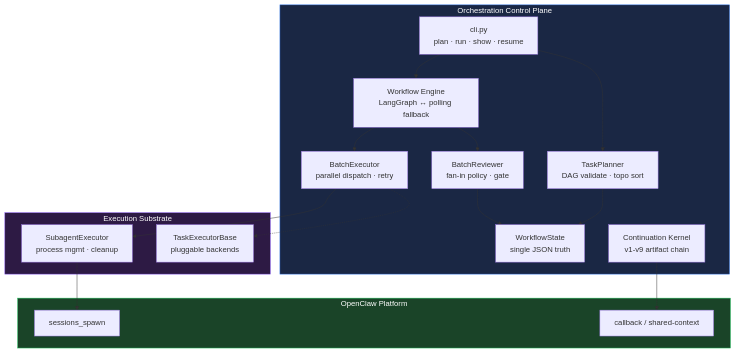
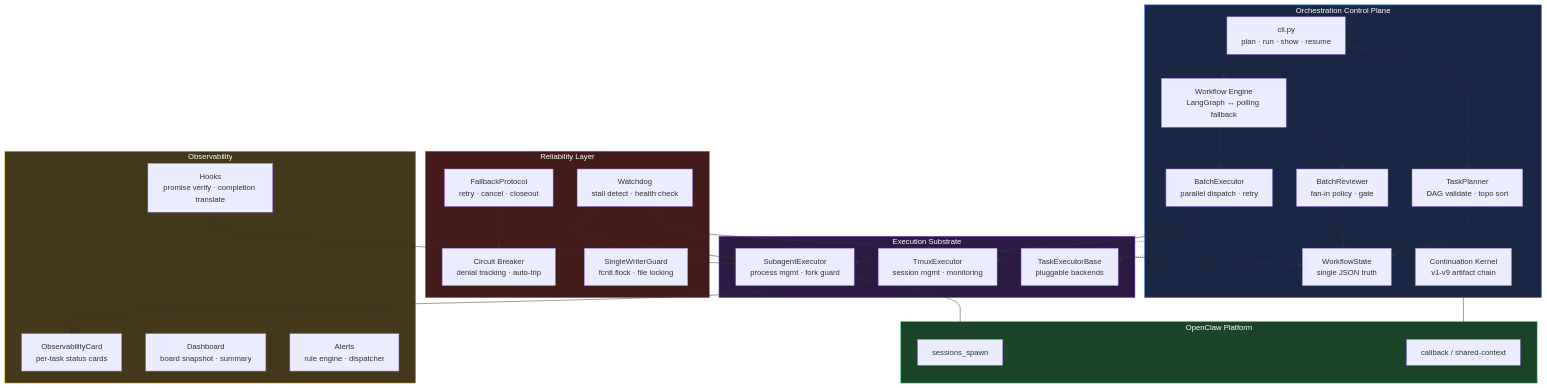
One commit to lanyasheng/openclaw-company-orchestration-proposal changed the first of 2 diagrams in README.md. Above: the diagram before and after it, drawn with Mermaid. The commit also changed other lines of this file and 4 other files, not shown here.

````diff
--- a/README.md
+++ b/README.md
@@ -54,33 +57,56 @@
 ```mermaid
 graph TD
   subgraph Control["Orchestration Control Plane"]
     CLI["cli.py<br/>plan · run · show · resume"]
     TP["TaskPlanner<br/>DAG validate · topo sort"]
     WG["Workflow Engine<br/>LangGraph ↔ polling fallback"]
     BE["BatchExecutor<br/>parallel dispatch · retry"]
     BR["BatchReviewer<br/>fan-in policy · gate"]
     WS["WorkflowState<br/>single JSON truth"]
     CK["Continuation Kernel<br/>v1-v9 artifact chain"]
   end
 
+  subgraph Reliability["Reliability Layer"]
+    WD["Watchdog<br/>stall detect · health check"]
+    CB_BREAK["Circuit Breaker<br/>denial tracking · auto-trip"]
+    SWG["SingleWriterGuard<br/>fcntl.flock · file locking"]
+    FP["FallbackProtocol<br/>retry · cancel · closeout"]
+  end
+
   subgraph Exec["Execution Substrate"]
-    SE["SubagentExecutor<br/>process mgmt · cleanup"]
+    SE["SubagentExecutor<br/>process mgmt · fork guard"]
+    TE["TmuxExecutor<br/>session mgmt · monitoring"]
     EI["TaskExecutorBase<br/>pluggable backends"]
+  end
+
+  subgraph Observe["Observability"]
+    OC["ObservabilityCard<br/>per-task status cards"]
+    DB["Dashboard<br/>board snapshot · summary"]
+    HK["Hooks<br/>promise verify · completion translate"]
+    AL["Alerts<br/>rule engine · dispatcher"]
   end
 
   subgraph Platform["OpenClaw Platform"]
     SS["sessions_spawn"]
-    CB["callback / shared-context"]
+    CB_P["callback / shared-context"]
   end
 
   CLI --> TP --> WS
   CLI --> WG --> BE --> SE
   WG --> BR --> WS
   SE --> SS
-  CK --> CB
+  CK --> CB_P
   BE -.-> EI
+  BE -.-> TE
+  WD --> WS
+  WD --> SE
+  FP --> CB_BREAK
+  SE --> OC
+  HK --> SE
 
   style Control fill:#1a2744,stroke:#3b82f6,color:#fff
+  style Reliability fill:#441a1a,stroke:#ef4444,color:#fff
   style Exec fill:#2d1a44,stroke:#8b5cf6,color:#fff
+  style Observe fill:#44381a,stroke:#eab308,color:#fff
   style Platform fill:#1a4428,stroke:#22c55e,color:#fff
 ```
````
